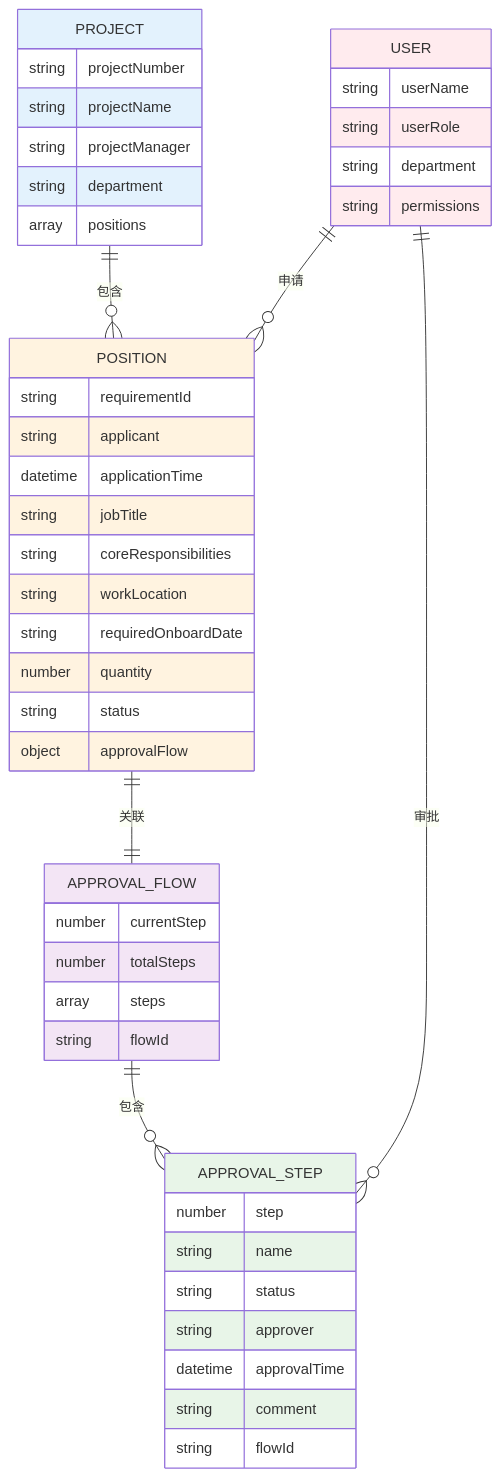
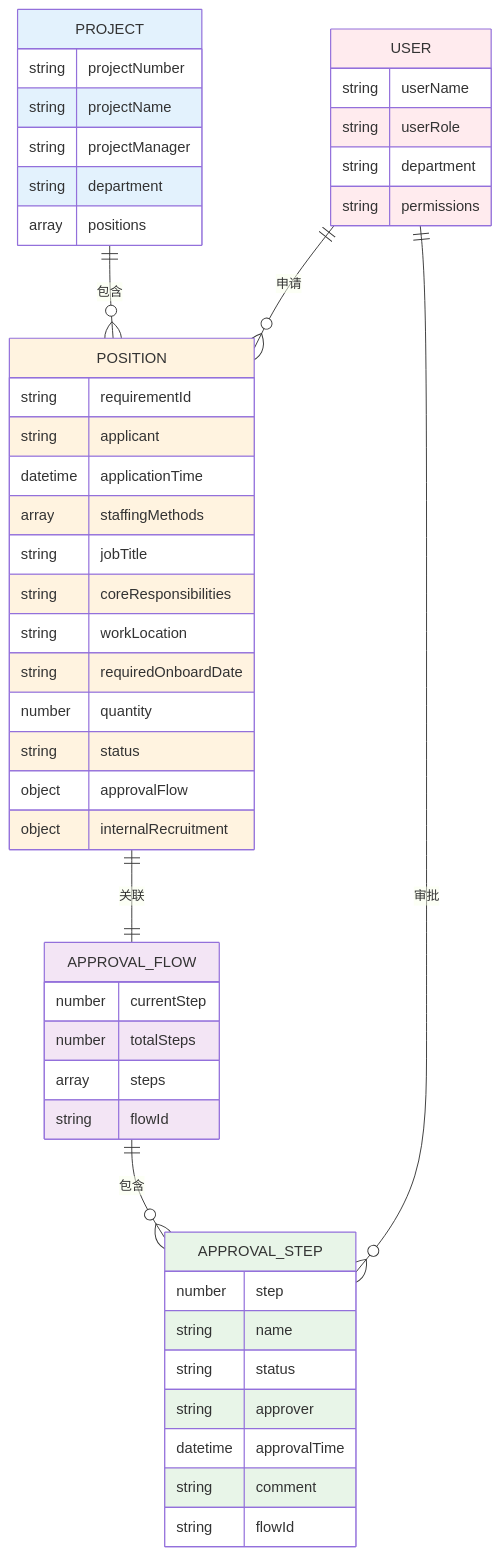
One commit to marcelxu0272/NewEngineeringPlatform changed the fifth of 12 diagrams in public/key-project-requirements/readme/PROJECT_REQUIREMENTS.md. Above: the diagram before and after it, drawn with Mermaid. The commit also changed other lines of this file and 3 other files, not shown here.

First line of the commit message:
feat(project-requirements): add resolved count and UI enhancements for internal recruitment feedback

````diff
--- a/public/key-project-requirements/readme/PROJECT_REQUIREMENTS.md
+++ b/public/key-project-requirements/readme/PROJECT_REQUIREMENTS.md
@@ -420,59 +449,61 @@
 ```mermaid
 erDiagram
     PROJECT ||--o{ POSITION : "包含"
     POSITION ||--|| APPROVAL_FLOW : "关联"
     APPROVAL_FLOW ||--o{ APPROVAL_STEP : "包含"
     USER ||--o{ POSITION : "申请"
     USER ||--o{ APPROVAL_STEP : "审批"
     
     PROJECT {
         string projectNumber
         string projectName
         string projectManager
         string department
         array positions
     }
     
     POSITION {
         string requirementId
         string applicant
         datetime applicationTime
+        array staffingMethods
         string jobTitle
         string coreResponsibilities
         string workLocation
         string requiredOnboardDate
         number quantity
         string status
         object approvalFlow
+        object internalRecruitment
     }
     
     APPROVAL_FLOW {
         number currentStep
         number totalSteps
         array steps
         string flowId
     }
     
     APPROVAL_STEP {
         number step
         string name
         string status
         string approver
         datetime approvalTime
         string comment
         string flowId
     }
     
     USER {
         string userName
         string userRole
         string department
         string permissions
     }
     
     style PROJECT fill:#e3f2fd
     style POSITION fill:#fff3e0
     style APPROVAL_FLOW fill:#f3e5f5
     style APPROVAL_STEP fill:#e8f5e8
     style USER fill:#ffebee
 ```
````
